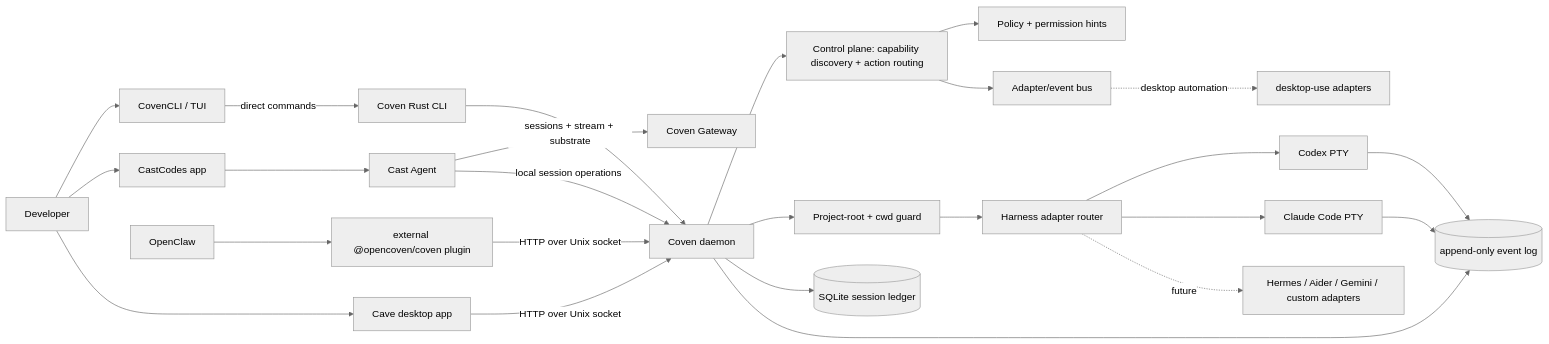
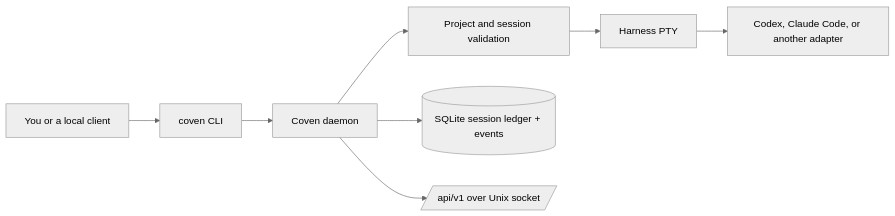
One commit to OpenCoven/coven-docs changed the diagram in content/docs/guide/architecture.mdx. Above: the diagram before and after it, drawn with Mermaid (neutral theme). The commit also changed other lines of this file and 95 other files, not shown here.

````diff
--- a/content/docs/guide/architecture.mdx
+++ b/content/docs/guide/architecture.mdx
@@ -34,30 +6,10 @@
 ```mermaid
 flowchart LR
-  User[Developer] --> CLI[CovenCLI / TUI]
-  User --> CastCodes[CastCodes app]
-  User --> Cave[Cave desktop app]
-  CLI -->|direct commands| Rust[Coven Rust CLI]
-  Rust --> Daemon[Coven daemon]
-
-  CastCodes --> CastAgent[Cast Agent]
-  CastAgent -->|sessions + stream + substrate| Gateway[Coven Gateway]
-  CastAgent -->|local session operations| Daemon
-  Cave -->|HTTP over Unix socket| Daemon
-  OpenClaw[OpenClaw] --> Plugin[external @opencoven/coven plugin]
-  Plugin -->|HTTP over Unix socket| Daemon
-  Daemon --> Control[Control plane: capability discovery + action routing]
-  Control --> Policy[Policy + permission hints]
-  Control --> AdapterBus[Adapter/event bus]
-  AdapterBus -. desktop automation .-> DesktopUse[desktop-use adapters]
-
-  Daemon --> Boundary[Project-root + cwd guard]
-  Boundary --> Adapter[Harness adapter router]
-  Adapter --> Codex[Codex PTY]
-  Adapter --> Claude[Claude Code PTY]
-  Adapter -. future .-> Future[Hermes / Aider / Gemini / custom adapters]
-
-  Daemon --> Store[(SQLite session ledger)]
-  Daemon --> Events[(append-only event log)]
-  Codex --> Events
-  Claude --> Events
+  User[You or a local client] --> CLI[coven CLI]
+  CLI --> Daemon[Coven daemon]
+  Daemon --> Guard[Project and session validation]
+  Guard --> PTY[Harness PTY]
+  PTY --> Harness[Codex, Claude Code, or another adapter]
+  Daemon --> Ledger[(SQLite session ledger + events)]
+  Daemon --> API[/api/v1 over Unix socket/]
 ```
````
